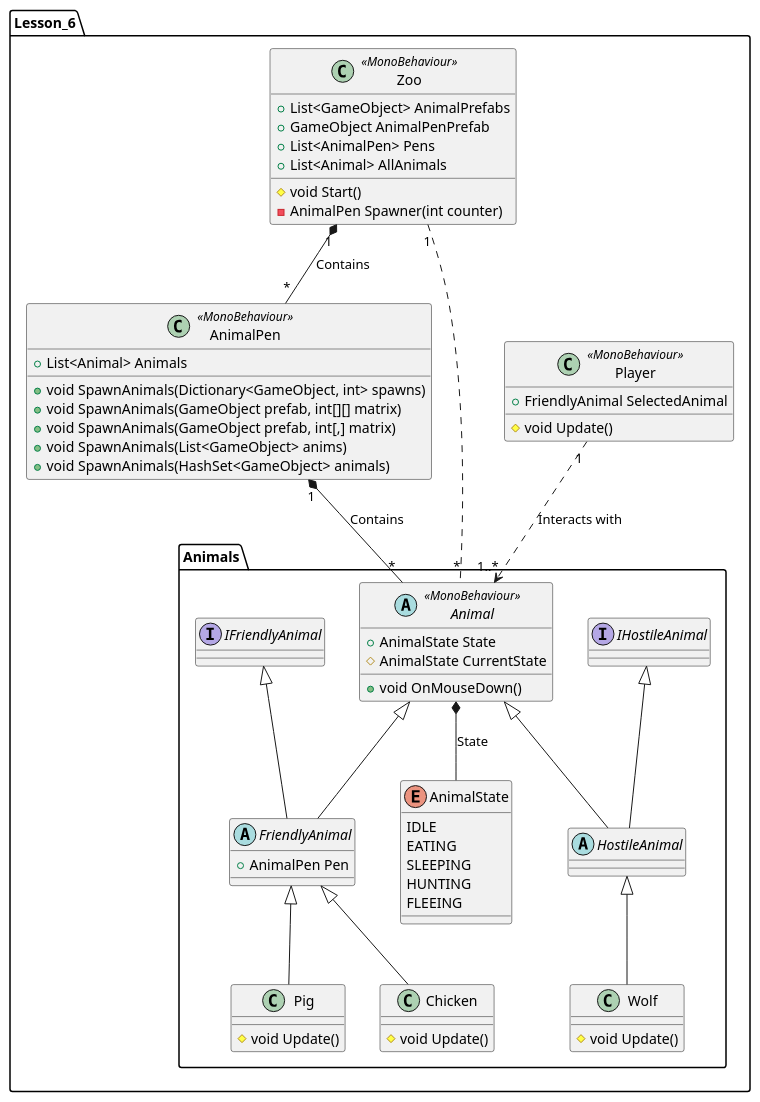
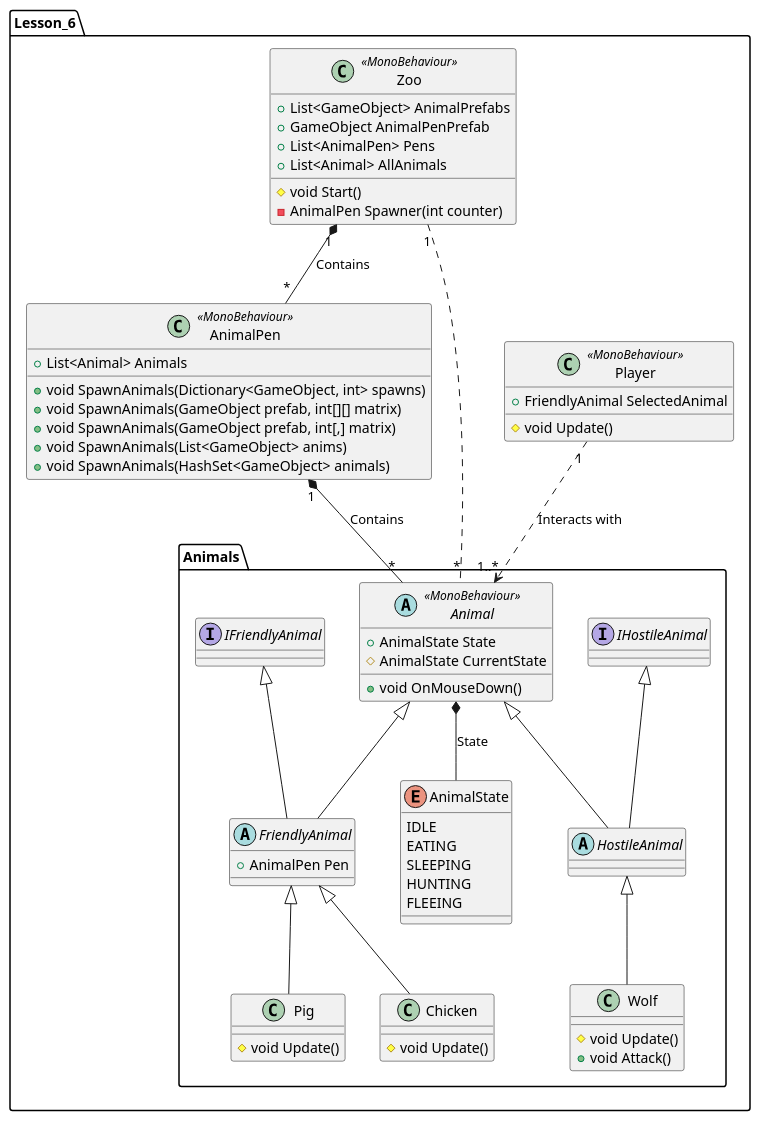
The diagram in Assets/6_Lesson_Zoo/Docs/Class.puml (Hamsterbil/zOO), drawn with PlantUML before and after one commit.

```diff
--- a/Assets/6_Lesson_Zoo/Docs/Class.puml
+++ b/Assets/6_Lesson_Zoo/Docs/Class.puml
@@ -1,89 +1,90 @@
 @startuml
 
 namespace Lesson_6{
     class AnimalPen <<MonoBehaviour>>{
         + List<Animal> Animals
         + void SpawnAnimals(Dictionary<GameObject, int> spawns)
         + void SpawnAnimals(GameObject prefab, int[][] matrix)
         + void SpawnAnimals(GameObject prefab, int[,] matrix)
         + void SpawnAnimals(List<GameObject> anims)
         + void SpawnAnimals(HashSet<GameObject> animals)
     }
 
     class Player <<MonoBehaviour>>{
         + FriendlyAnimal SelectedAnimal
         # void Update()
     }
 
     class Zoo <<MonoBehaviour>>{
         + List<GameObject> AnimalPrefabs
         + GameObject AnimalPenPrefab
         + List<AnimalPen> Pens
         + List<Animal> AllAnimals
         # void Start()
         - AnimalPen Spawner(int counter)
     }
 
     namespace Animals{
         enum AnimalState{
             IDLE
             EATING
             SLEEPING
             HUNTING
             FLEEING
         }
         abstract class Animal <<MonoBehaviour>>{
             + AnimalState State
             # AnimalState CurrentState
             + void OnMouseDown()
         }
 
         abstract class FriendlyAnimal{
             + AnimalPen Pen
         }
 
         abstract class HostileAnimal{
         }
 
         interface IFriendlyAnimal{
             
         }
 
         interface IHostileAnimal{
             
         
         }
 
         class Chicken{
             # void Update()
             
         }
 
         class Pig{
             # void Update()
 
         }
 
         class Wolf{
             # void Update() 
+            + void Attack()
         }
 
         FriendlyAnimal -up-|> Animal
         FriendlyAnimal -up-|> IFriendlyAnimal
         HostileAnimal -up-|> Animal
         HostileAnimal -up-|> IHostileAnimal
         Wolf -up-|> HostileAnimal
         Chicken -up-|> FriendlyAnimal
         Pig -up-|> FriendlyAnimal
         Animal *-- AnimalState : State
     }
 
     Player "1" ..> "1..*" Lesson_6.Animals.Animal : Interacts with
     AnimalPen "1" *-- "*" Lesson_6.Animals.Animal : Contains
     Zoo "1" *-- "*"  AnimalPen : Contains
     Zoo "1" .. "*"  Lesson_6.Animals.Animal
 
 
 }
 
 @enduml
```
